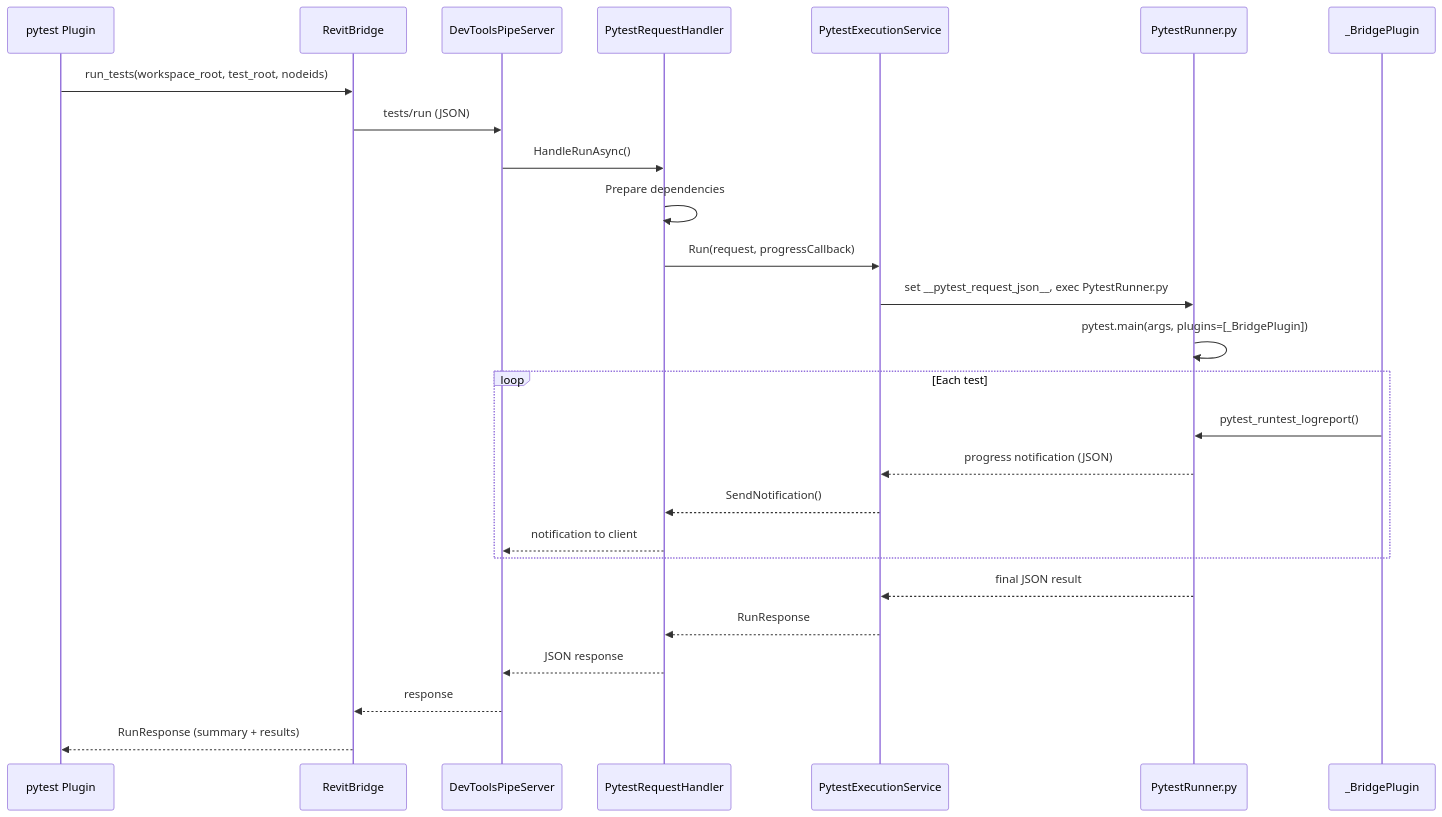
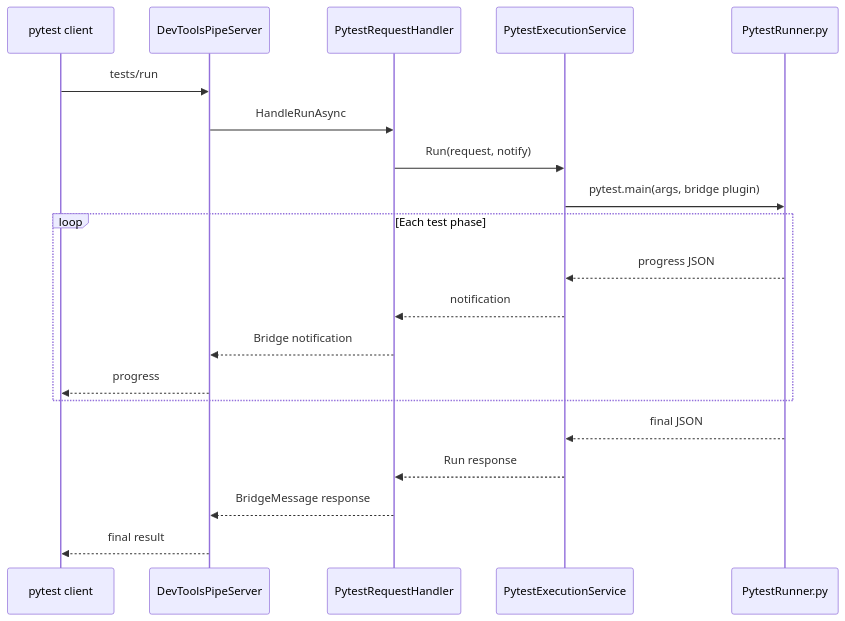
One commit to trgiangv/RevitDevTool changed the third of 3 diagrams in docs/PyTest/README.md. Above: the diagram before and after it, drawn with Mermaid. The commit also changed other lines of this file and 62 other files, not shown here.

First line of the commit message:
docs(agents): update documentation for module architecture and execution system

````diff
--- a/docs/PyTest/README.md
+++ b/docs/PyTest/README.md
@@ -95,29 +93,23 @@
 ```mermaid
 sequenceDiagram
-    participant Plugin as pytest Plugin
-    participant Bridge as RevitBridge
+    participant Client as pytest client
     participant Pipe as DevToolsPipeServer
     participant Handler as PytestRequestHandler
     participant Exec as PytestExecutionService
-    participant Python as PytestRunner.py
-    participant Plugin_in as _BridgePlugin
+    participant Runner as PytestRunner.py
 
-    Plugin->>Bridge: run_tests(workspace_root, test_root, nodeids)
-    Bridge->>Pipe: tests/run (JSON)
-    Pipe->>Handler: HandleRunAsync()
-    Handler->>Handler: Prepare dependencies
-    Handler->>Exec: Run(request, progressCallback)
-    Exec->>Python: set __pytest_request_json__, exec PytestRunner.py
-    Python->>Python: pytest.main(args, plugins=[_BridgePlugin])
-    loop Each test
-        Plugin_in->>Python: pytest_runtest_logreport()
-        Python-->>Exec: progress notification (JSON)
-        Exec-->>Handler: SendNotification()
-        Handler-->>Pipe: notification to client
+    Client->>Pipe: tests/run
+    Pipe->>Handler: HandleRunAsync
+    Handler->>Exec: Run(request, notify)
+    Exec->>Runner: pytest.main(args, bridge plugin)
+    loop Each test phase
+        Runner-->>Exec: progress JSON
+        Exec-->>Handler: notification
+        Handler-->>Pipe: Bridge notification
+        Pipe-->>Client: progress
     end
-    Python-->>Exec: final JSON result
-    Exec-->>Handler: RunResponse
-    Handler-->>Pipe: JSON response
-    Pipe-->>Bridge: response
-    Bridge-->>Plugin: RunResponse (summary + results)
+    Runner-->>Exec: final JSON
+    Exec-->>Handler: Run response
+    Handler-->>Pipe: BridgeMessage response
+    Pipe-->>Client: final result
 ```
````
